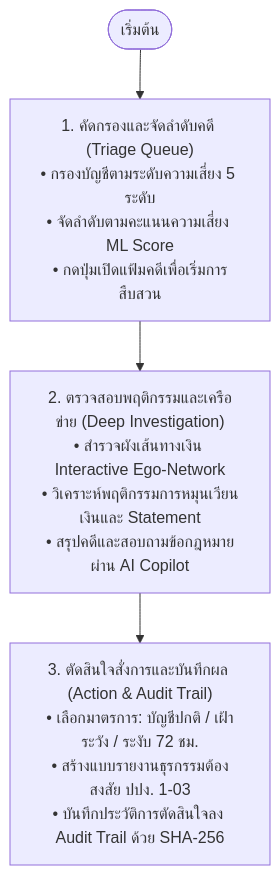
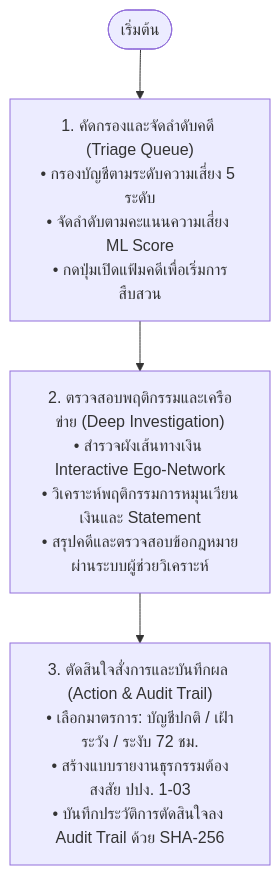
The diagram in README.md (SUPAGORN0306/sherlock), drawn with Mermaid before and after one commit. The commit also changed other lines of this file, not shown here.

Commit message:
Replace Copilot buzzword with grounded Case & Legal Assistant description

````diff
--- a/README.md
+++ b/README.md
@@ -59,8 +59,8 @@
 ```mermaid
 flowchart TD
     Start([เริ่มต้น]) --> Step1["1. คัดกรองและจัดลำดับคดี (Triage Queue)<br/>• กรองบัญชีตามระดับความเสี่ยง 5 ระดับ<br/>• จัดลำดับตามคะแนนความเสี่ยง ML Score<br/>• กดปุ่มเปิดแฟ้มคดีเพื่อเริ่มการสืบสวน"]
     
-    Step1 --> Step2["2. ตรวจสอบพฤติกรรมและเครือข่าย (Deep Investigation)<br/>• สำรวจผังเส้นทางเงิน Interactive Ego-Network<br/>• วิเคราะห์พฤติกรรมการหมุนเวียนเงินและ Statement<br/>• สรุปคดีและสอบถามข้อกฎหมายผ่าน AI Copilot"]
+    Step1 --> Step2["2. ตรวจสอบพฤติกรรมและเครือข่าย (Deep Investigation)<br/>• สำรวจผังเส้นทางเงิน Interactive Ego-Network<br/>• วิเคราะห์พฤติกรรมการหมุนเวียนเงินและ Statement<br/>• สรุปคดีและตรวจสอบข้อกฎหมายผ่านระบบผู้ช่วยวิเคราะห์"]
     
     Step2 --> Step3["3. ตัดสินใจสั่งการและบันทึกผล (Action & Audit Trail)<br/>• เลือกมาตรการ: บัญชีปกติ / เฝ้าระวัง / ระงับ 72 ชม.<br/>• สร้างแบบรายงานธุรกรรมต้องสงสัย ปปง. 1-03<br/>• บันทึกประวัติการตัดสินใจลง Audit Trail ด้วย SHA-256"]
 ```
````
